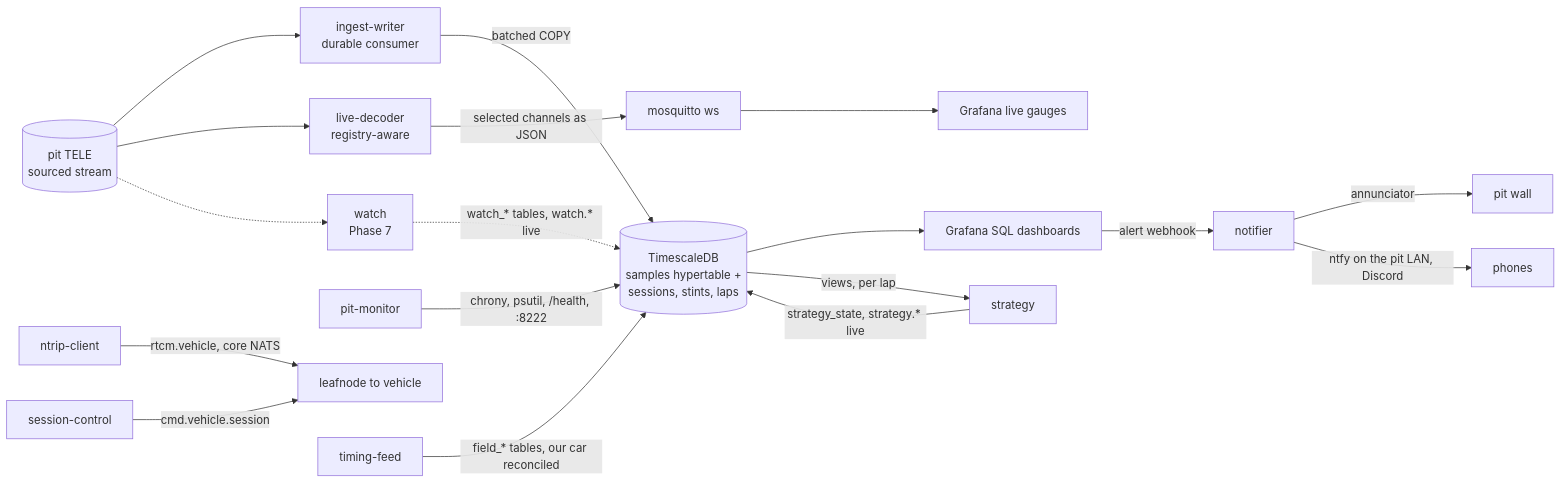
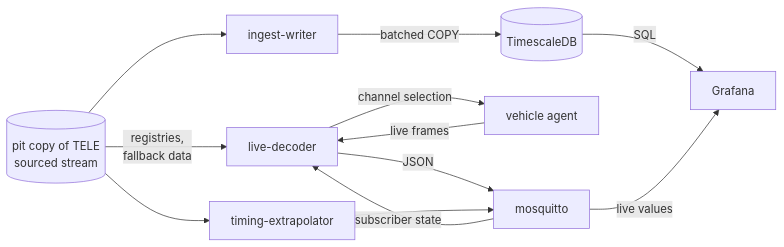
Before and after one commit to Robert-McMahon/openlaps: the fourth of 6 diagrams in docs/ARCHITECTURE.md, drawn with Mermaid. The commit also changed other lines of this file, not shown here.

First line of the commit message:
Bring the architecture page up to date

````diff
--- a/docs/ARCHITECTURE.md
+++ b/docs/ARCHITECTURE.md
@@ -118,16 +194,12 @@
 ```mermaid
 flowchart LR
-  SRC[(pit TELE<br/>sourced stream)] --> W[ingest-writer<br/>durable consumer]
-  W -- "batched COPY" --> DB[(TimescaleDB<br/>samples hypertable +<br/>sessions, stints, laps)]
-  SRC --> L[live-decoder<br/>registry-aware]
-  L -- "selected channels as JSON" --> M[mosquitto ws] --> G1[Grafana live gauges]
-  DB --> G2[Grafana SQL dashboards]
-  NC[ntrip-client] -- "rtcm.vehicle, core NATS" --> LEAF[leafnode to vehicle]
-  S[session-control] -- "cmd.vehicle.session" --> LEAF
-  PM[pit-monitor] -- "chrony, psutil, /health, :8222" --> DB
-  SRC -.-> WT[watch<br/>Phase 7] -. "watch_* tables, watch.* live" .-> DB
-  DB -- "views, per lap" --> ST[strategy] -- "strategy_state, strategy.* live" --> DB
-  TF[timing-feed] -- "field_* tables, our car reconciled" --> DB
-  G2 -- "alert webhook" --> NF[notifier] -- "annunciator" --> PH[pit wall]
-  NF -- "ntfy on the pit LAN, Discord" --> PHONES[phones]
+  SRC[(pit copy of TELE<br/>sourced stream)] --> W[ingest-writer] -- "batched COPY" --> DB[(TimescaleDB)]
+  DB -- "SQL" --> G[Grafana]
+  CAR[vehicle agent] -- "live frames" --> L[live-decoder]
+  L -- "channel selection" --> CAR
+  SRC -- "registries,<br/>fallback data" --> L
+  L -- "JSON" --> M[mosquitto]
+  M -- "subscriber state" --> L
+  SRC --> TE[timing-extrapolator] --> M
+  M -- "live values" --> G
 ```
````
